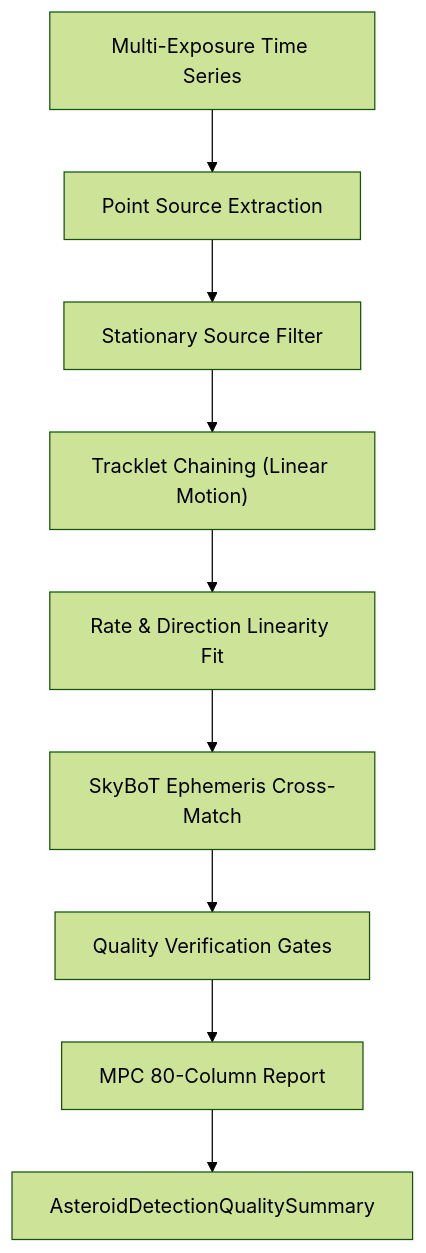
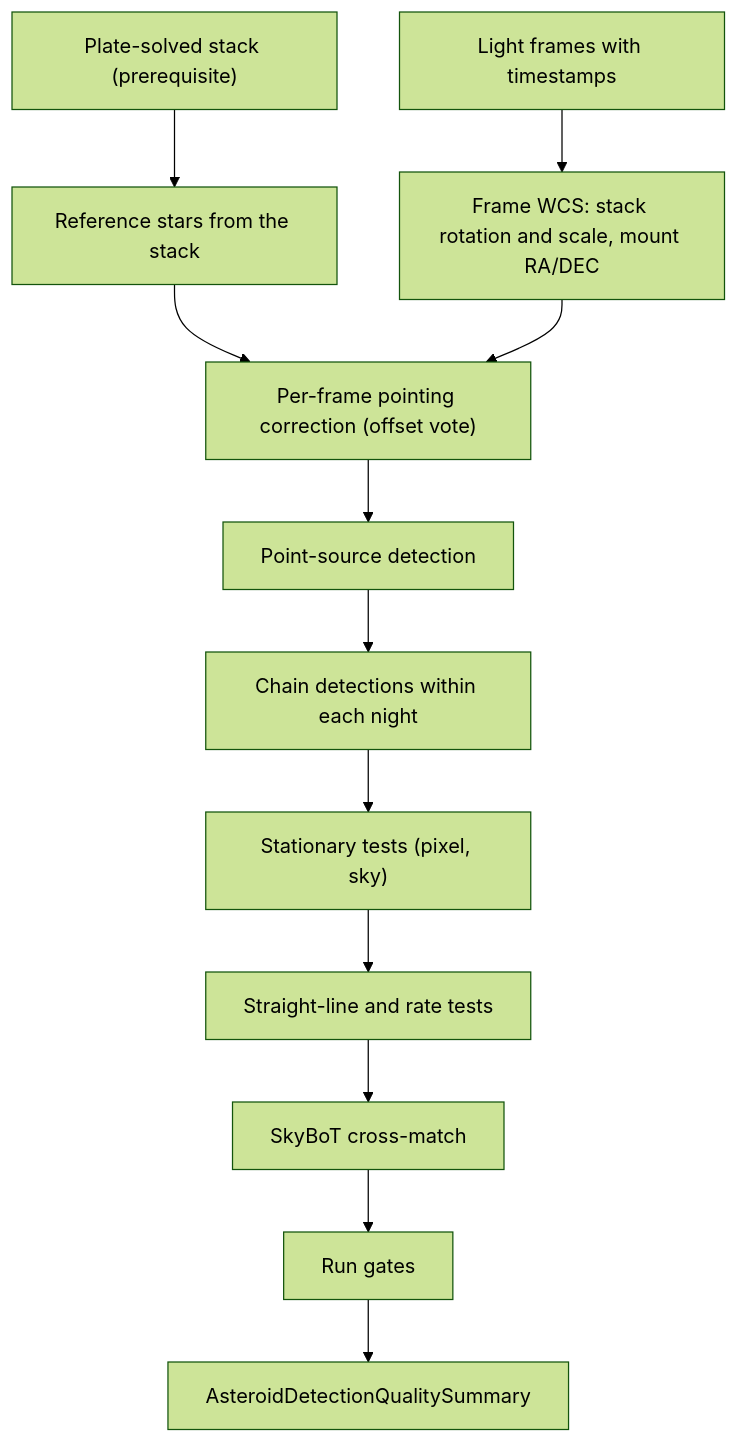
One commit to m1chae2/astrometrics changed the diagram in documentation/library_design/pipelines/asteroid_detection.md. Above: the diagram before and after it, drawn with Mermaid (forest theme). The commit also changed other lines of this file and 38 other files, not shown here.

````diff
--- a/documentation/library_design/pipelines/asteroid_detection.md
+++ b/documentation/library_design/pipelines/asteroid_detection.md
@@ -20,11 +20,14 @@
 ```mermaid
 flowchart TD
-    A["Multi-Exposure Time Series"] --> B["Point Source Extraction"]
-    B --> C["Stationary Source Filter"]
-    C --> D["Tracklet Chaining (Linear Motion)"]
-    D --> E["Rate & Direction Linearity Fit"]
-    E --> F["SkyBoT Ephemeris Cross-Match"]
-    F --> G["Quality Verification Gates"]
-    G --> H["MPC 80-Column Report"]
-    H --> I["AsteroidDetectionQualitySummary"]
+    A["Plate-solved stack (prerequisite)"] --> B["Reference stars from the stack"]
+    C["Light frames with timestamps"] --> D["Frame WCS: stack rotation and scale, mount RA/DEC"]
+    B --> E["Per-frame pointing correction (offset vote)"]
+    D --> E
+    E --> F["Point-source detection"]
+    F --> G["Chain detections within each night"]
+    G --> H["Stationary tests (pixel, sky)"]
+    H --> I["Straight-line and rate tests"]
+    I --> J["SkyBoT cross-match"]
+    J --> K["Run gates"]
+    K --> L["AsteroidDetectionQualitySummary"]
 ```
````
